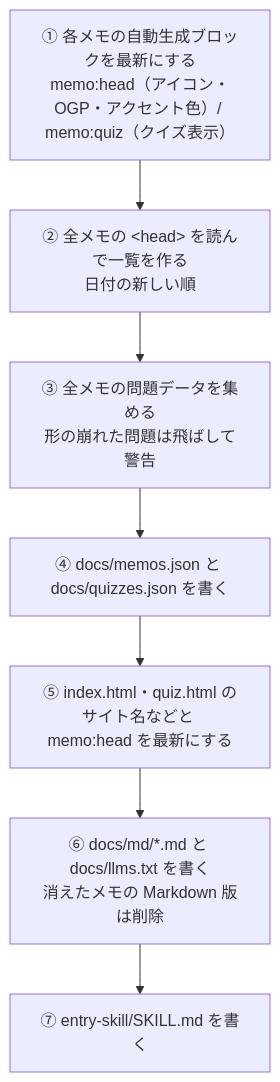
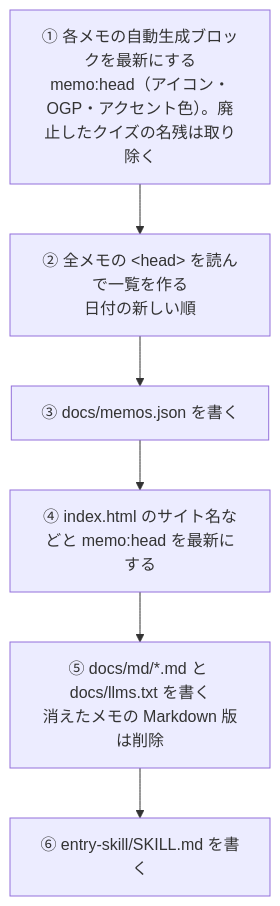
One commit to taka1156/back-of-the-flyer changed the fourth of 7 diagrams in memo-detail.md. Above: the diagram before and after it, drawn with Mermaid. The commit also changed other lines of this file and 33 other files, not shown here.

````diff
--- a/memo-detail.md
+++ b/memo-detail.md
@@ -239,11 +212,10 @@
 ```mermaid
 flowchart TB
-  s1["① 各メモの自動生成ブロックを最新にする<br/>memo:head（アイコン・OGP・アクセント色）/ memo:quiz（クイズ表示）"]
+  s1["① 各メモの自動生成ブロックを最新にする<br/>memo:head（アイコン・OGP・アクセント色）。廃止したクイズの名残は取り除く"]
   s2["② 全メモの &lt;head&gt; を読んで一覧を作る<br/>日付の新しい順"]
-  s3["③ 全メモの問題データを集める<br/>形の崩れた問題は飛ばして警告"]
-  s4["④ docs/memos.json と docs/quizzes.json を書く"]
-  s5["⑤ index.html・quiz.html のサイト名などと memo:head を最新にする"]
-  s6["⑥ docs/md/*.md と docs/llms.txt を書く<br/>消えたメモの Markdown 版は削除"]
-  s7["⑦ entry-skill/SKILL.md を書く"]
-  s1 --> s2 --> s3 --> s4 --> s5 --> s6 --> s7
+  s3["③ docs/memos.json を書く"]
+  s4["④ index.html のサイト名などと memo:head を最新にする"]
+  s5["⑤ docs/md/*.md と docs/llms.txt を書く<br/>消えたメモの Markdown 版は削除"]
+  s6["⑥ entry-skill/SKILL.md を書く"]
+  s1 --> s2 --> s3 --> s4 --> s5 --> s6
 ```
````
